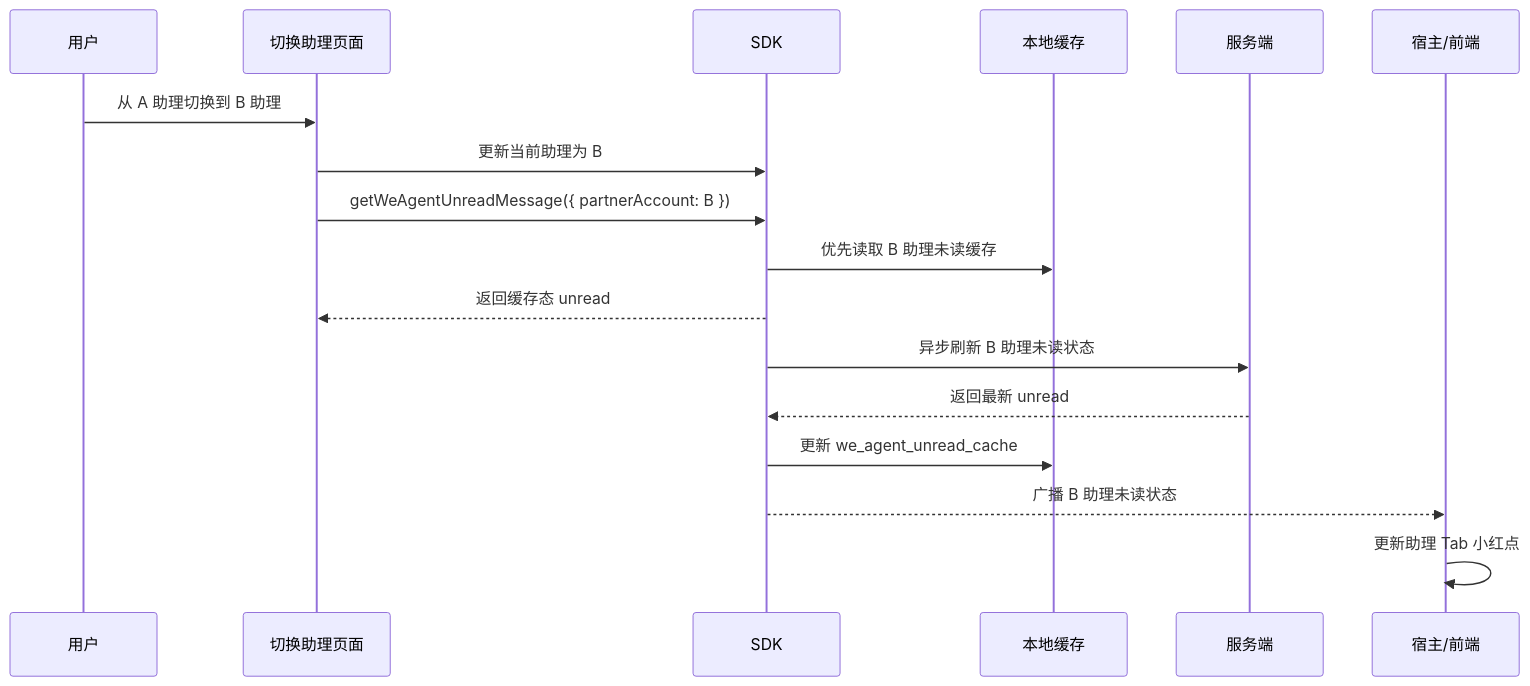
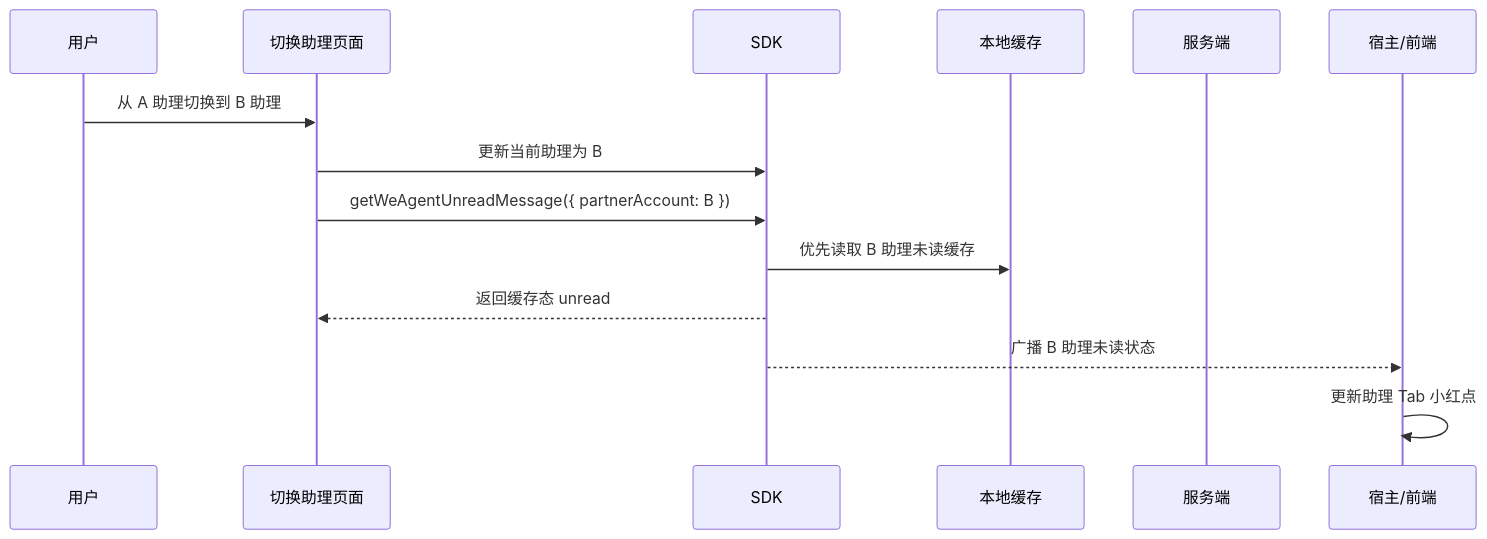
One commit to Abelsjcheng/skillSDK changed the fourth of 6 diagrams in 2026-06-11-we-agent-tab-unread-red-dot-plan.md. Above: the diagram before and after it, drawn with Mermaid. The commit also changed other lines of this file and 1 other file, not shown here.

````diff
--- a/2026-06-11-we-agent-tab-unread-red-dot-plan.md
+++ b/2026-06-11-we-agent-tab-unread-red-dot-plan.md
@@ -107,20 +134,17 @@
 ```mermaid
 sequenceDiagram
     participant User as 用户
     participant Switch as 切换助理页面
     participant SDK as SDK
     participant Storage as 本地缓存
     participant Server as 服务端
     participant Host as 宿主/前端
 
     User->>Switch: 从 A 助理切换到 B 助理
     Switch->>SDK: 更新当前助理为 B
     Switch->>SDK: getWeAgentUnreadMessage({ partnerAccount: B })
     SDK->>Storage: 优先读取 B 助理未读缓存
     SDK-->>Switch: 返回缓存态 unread
-    SDK->>Server: 异步刷新 B 助理未读状态
-    Server-->>SDK: 返回最新 unread
-    SDK->>Storage: 更新 we_agent_unread_cache
     SDK-->>Host: 广播 B 助理未读状态
     Host->>Host: 更新助理 Tab 小红点
 ```
````
